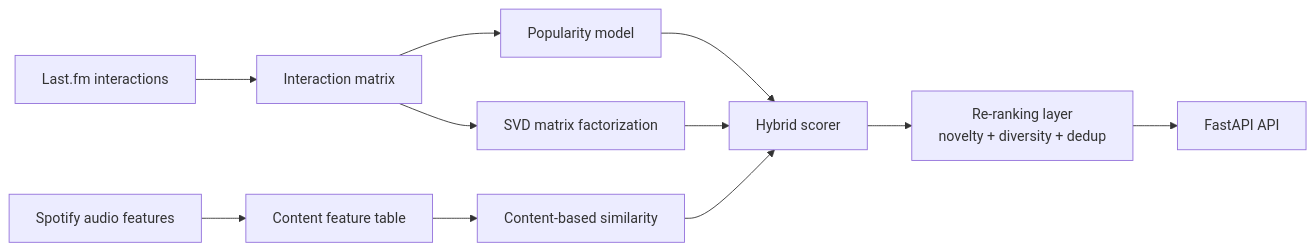
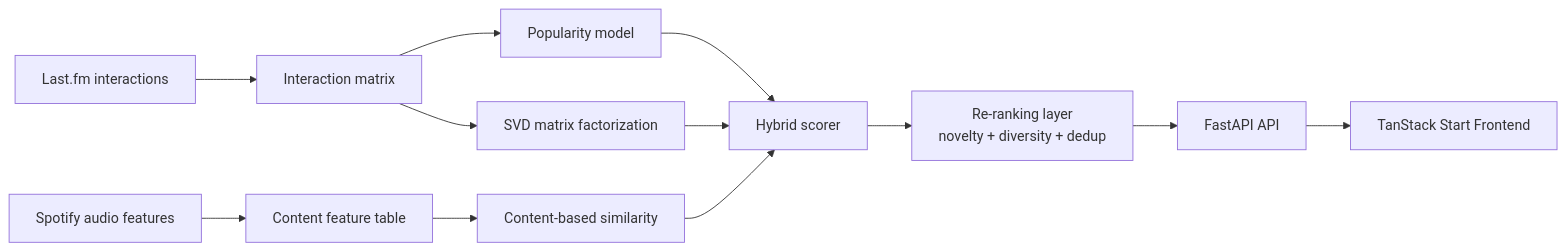
One commit to tanishqqq-hub/Music_Recommendation changed the diagram in README.md. Above: the diagram before and after it, drawn with Mermaid. The commit also changed other lines of this file and 9 other files, not shown here.

````diff
--- a/README.md
+++ b/README.md
@@ -45,13 +46,14 @@
 ```mermaid
 flowchart LR
     A[Last.fm interactions] --> B[Interaction matrix]
     C[Spotify audio features] --> D[Content feature table]
     B --> E[Popularity model]
     B --> F[SVD matrix factorization]
     D --> G[Content-based similarity]
     E --> H[Hybrid scorer]
     F --> H
     G --> H
     H --> I[Re-ranking layer\nnovelty + diversity + dedup]
     I --> J[FastAPI API]
+    J --> K[TanStack Start Frontend]
 ```
````
